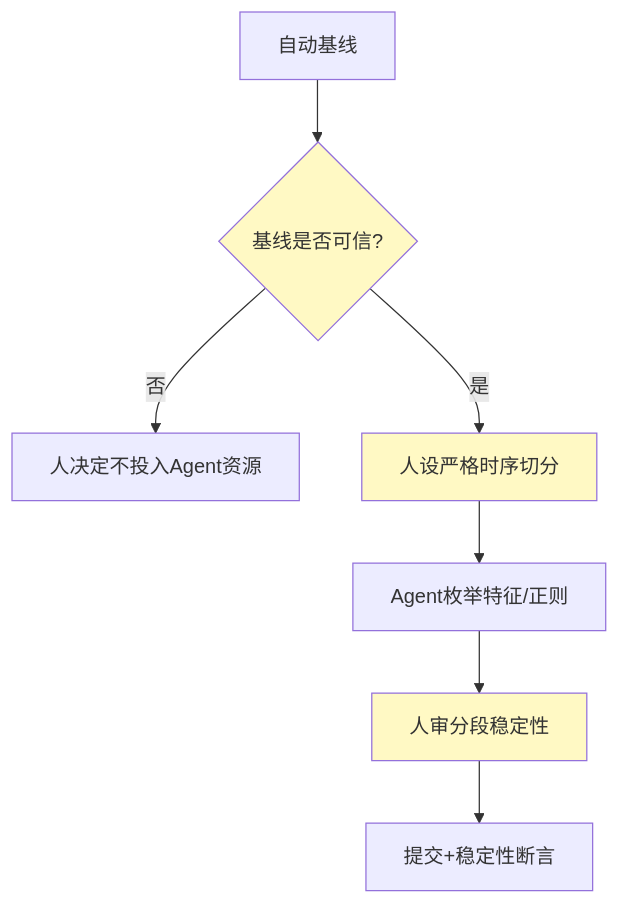
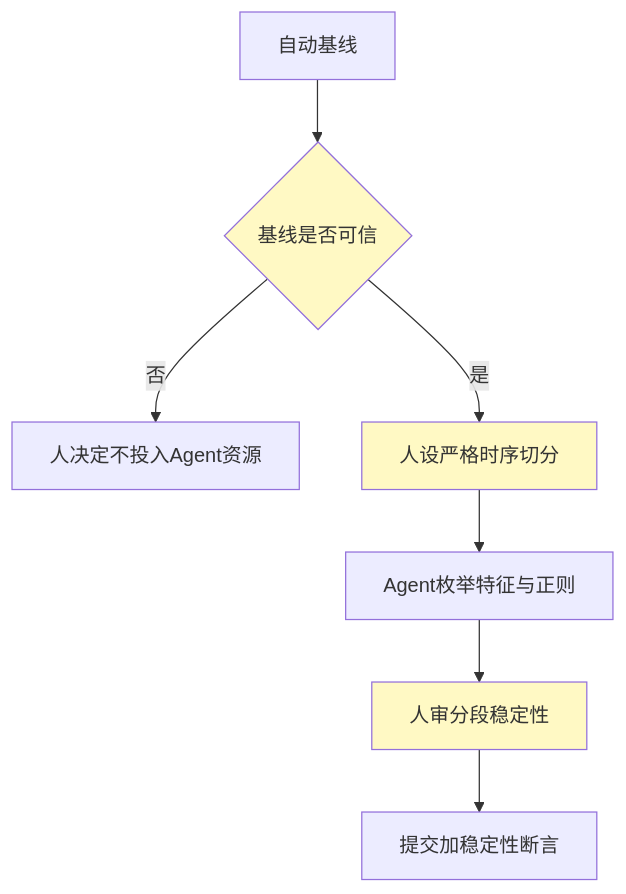
The first of 3 diagrams in docs/chapters/chapter11.md (wizardforcel/vibe-kaggle), drawn with Mermaid before and after one commit. The commit also changed other lines of this file and 22 other files, not shown here.

````diff
--- a/docs/chapters/chapter11.md
+++ b/docs/chapters/chapter11.md
@@ -20,12 +23,12 @@
 ```mermaid
 flowchart TD
-    A[自动基线] --> B{基线是否可信?}
+    A[自动基线] --> B{基线是否可信}
     B -->|否| C[人决定不投入Agent资源]
     B -->|是| D[人设严格时序切分]
-    D --> E[Agent枚举特征/正则]
+    D --> E[Agent枚举特征与正则]
     E --> F[人审分段稳定性]
-    F --> G[提交+稳定性断言]
+    F --> G[提交加稳定性断言]
     style B fill:#fff9c4
     style D fill:#fff9c4
     style F fill:#fff9c4
 ```
````
